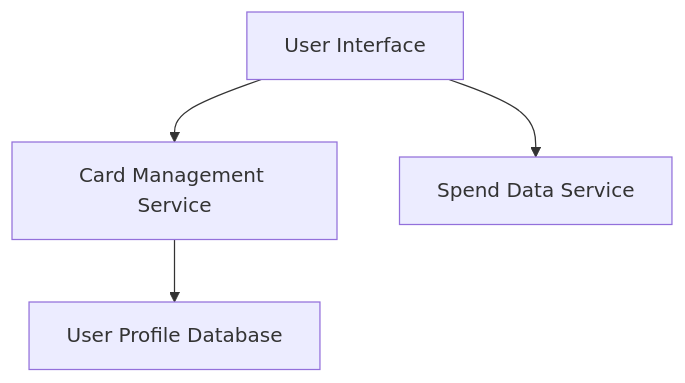
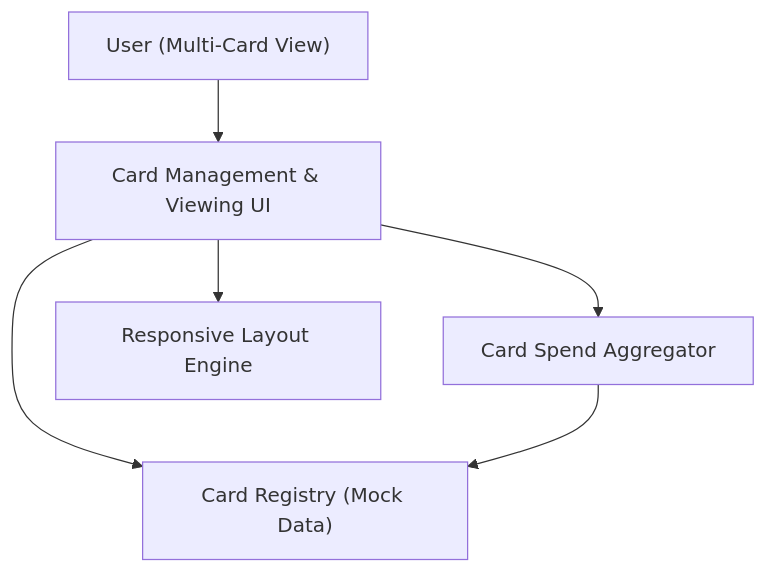
The diagram in HLD/QE-5612_HLD.md (Davamani-git/APB_Demo), drawn with Mermaid before and after one commit. The commit also changed other lines of this file and 5 other files, not shown here.

````diff
--- a/HLD/QE-5612_HLD.md
+++ b/HLD/QE-5612_HLD.md
@@ -4,10 +5,14 @@
 ```mermaid
 flowchart TD
-    A["User Interface"]
-    B["Card Management Service"]
-    C["User Profile Database"]
-    D["Spend Data Service"]
+    U["User (Multi-Card View)"]
+    A["Card Management & Viewing UI"]
+    B["Card Registry (Mock Data)"]
+    C["Card Spend Aggregator"]
+    D["Responsive Layout Engine"]
+
+    U --> A
     A --> B
-    B --> C
+    A --> C
+    C --> B
     A --> D
 ```
````
